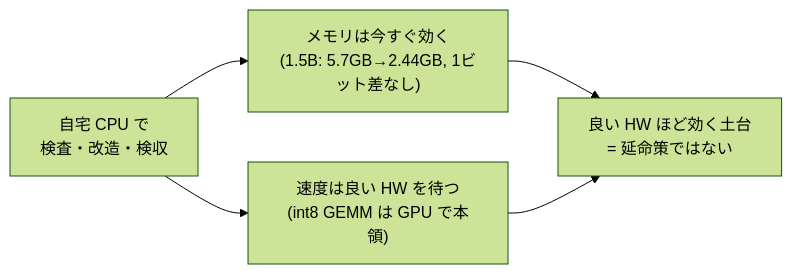
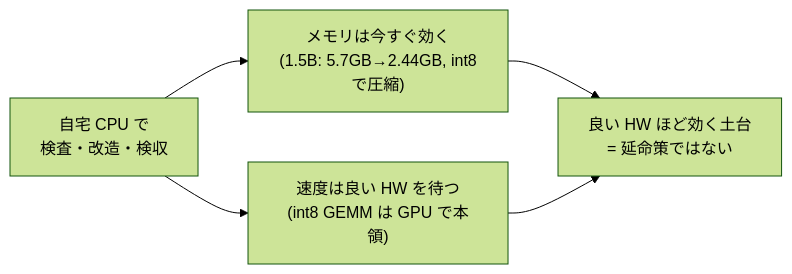
Before and after one commit to furuse-kazufumi/fullsense: the fourth of 4 diagrams in docs/articles/drafts/llm_structure_series_05_memory_speed_tech.md, drawn with Mermaid (forest theme).

Commit message:
auto: llm_structure_series_00_intro_tech.md 編集前 (2026-07-02 08:51)

````diff
--- a/docs/articles/drafts/llm_structure_series_05_memory_speed_tech.md
+++ b/docs/articles/drafts/llm_structure_series_05_memory_speed_tech.md
@@ -423,7 +423,7 @@
 ```mermaid
 flowchart LR
-    A["自宅 CPU で<br/>検査・改造・検収"] --> B["メモリは今すぐ効く<br/>(1.5B: 5.7GB→2.44GB, 1ビット差なし)"]
+    A["自宅 CPU で<br/>検査・改造・検収"] --> B["メモリは今すぐ効く<br/>(1.5B: 5.7GB→2.44GB, int8で圧縮)"]
     A --> C["速度は良い HW を待つ<br/>(int8 GEMM は GPU で本領)"]
     B --> D["良い HW ほど効く土台<br/>= 延命策ではない"]
     C --> D
 ```
````
